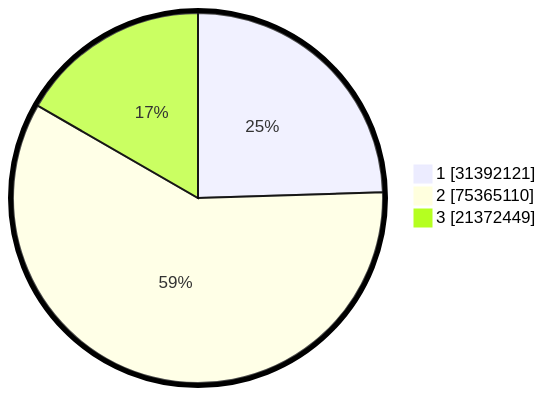
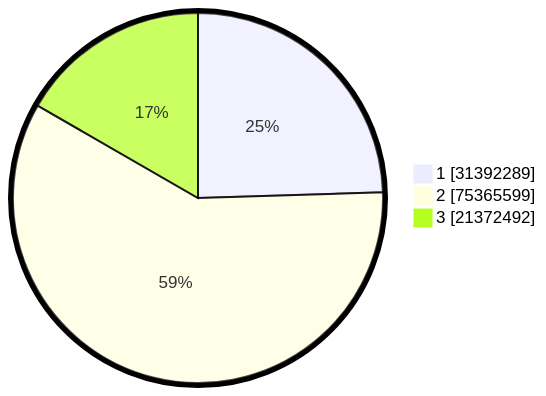
The second of 2 diagrams in pilpres/hitung-suara/README.md (gigit-pemilu/pemilu-2024), drawn with Mermaid before and after one commit. The commit also changed other lines of this file and 5 other files, not shown here.

````diff
--- a/pilpres/hitung-suara/README.md
+++ b/pilpres/hitung-suara/README.md
@@ -93,7 +93,7 @@
 ```mermaid
 %%{init: {"pie": {"textPosition": 0.5}, "themeVariables": {"pieOuterStrokeWidth": "5px"}} }%%
 pie showData
-    "1" : 31392121
-    "2" : 75365110
-    "3" : 21372449
+    "1" : 31392289
+    "2" : 75365599
+    "3" : 21372492
 ```
````
